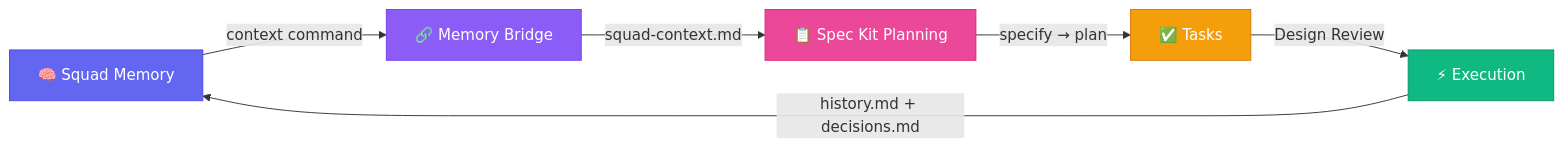
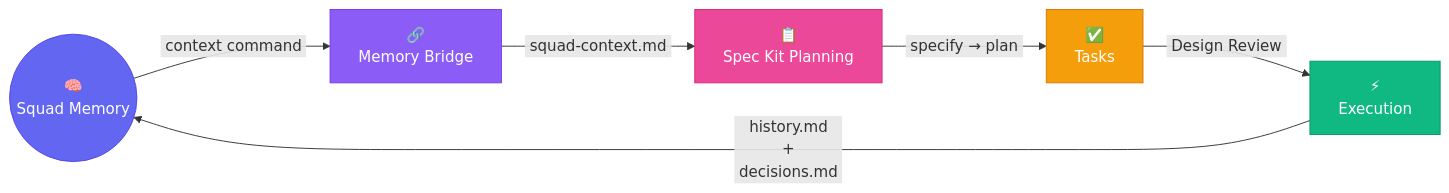
One commit to jmservera/squad-speckit-bridge changed the diagram in README.md. Above: the diagram before and after it, drawn with Mermaid. The commit also changed 20 other files, not shown here.

First line of the commit message:
US2: Memory Bridge (T021-T027)

````diff
--- a/README.md
+++ b/README.md
@@ -5,14 +5,14 @@
 ```mermaid
 graph LR
-    A["🧠 Squad Memory"] -->|"context command"| B["🔗 Memory Bridge"]
-    B -->|"squad-context.md"| C["📋 Spec Kit Planning"]
-    C -->|"specify → plan"| D["✅ Tasks"]
-    D -->|"Design Review"| E["⚡ Execution"]
-    E -->|"history.md + decisions.md"| A
+    A(("🧠<br/>Squad Memory")) -->|"&nbsp;context command&nbsp;"| B["🔗<br/>Memory Bridge"]
+    B -->|"&nbsp;squad-context.md&nbsp;"| C["📋<br/>Spec Kit Planning"]
+    C -->|"&nbsp;specify → plan&nbsp;"| D["✅<br/>Tasks"]
+    D -->|"&nbsp;Design Review&nbsp;"| E["⚡<br/>Execution"]
+    E -->|"&nbsp;history.md&nbsp;<br/>+<br/>&nbsp;decisions.md&nbsp;"| A
 
     style A fill:#6366f1,stroke:#4f46e5,color:#fff
     style B fill:#8b5cf6,stroke:#7c3aed,color:#fff
     style C fill:#ec4899,stroke:#db2777,color:#fff
     style D fill:#f59e0b,stroke:#d97706,color:#fff
     style E fill:#10b981,stroke:#059669,color:#fff
 ```
````
